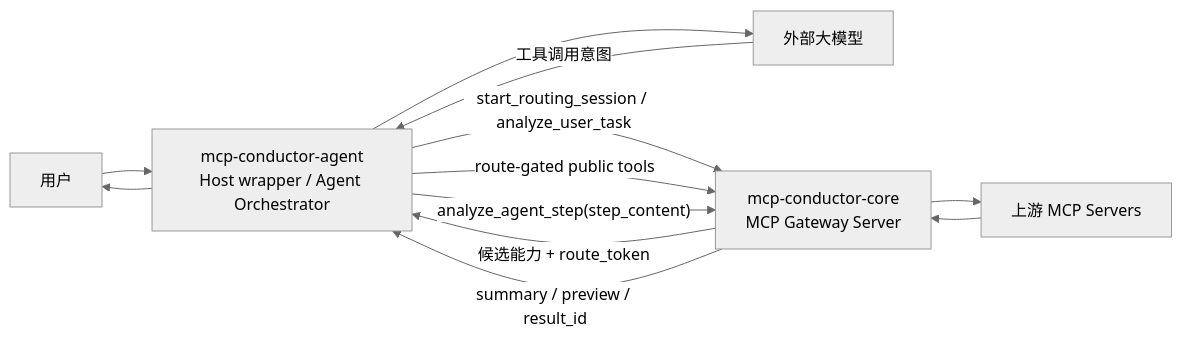
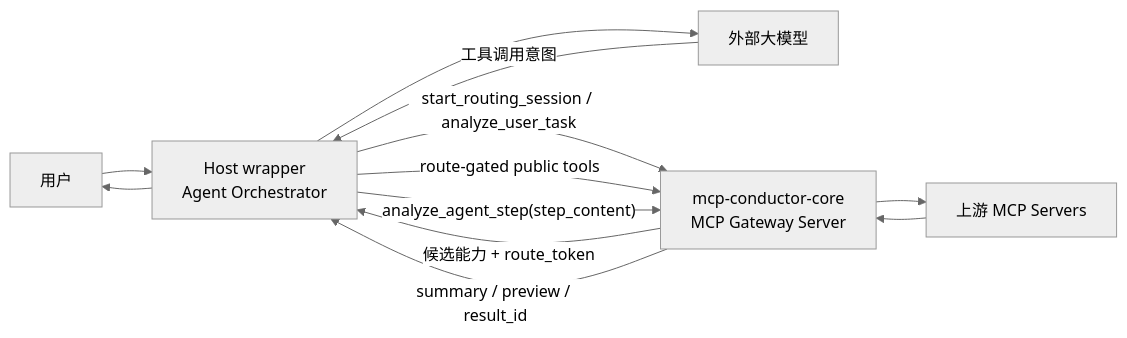
One commit to TangRj-Git/mcp-conductor changed the eighth of 8 diagrams in docs/project-structure/02-final-architecture-diagram.md. Above: the diagram before and after it, drawn with Mermaid (neutral theme). The commit also changed other lines of this file and 31 other files, not shown here.

````diff
--- a/docs/project-structure/02-final-architecture-diagram.md
+++ b/docs/project-structure/02-final-architecture-diagram.md
@@ -312,20 +326,20 @@
 ```mermaid
 flowchart LR
     User["用户"]
-    Agent["mcp-conductor-agent<br/>Host wrapper / Agent Orchestrator"]
+    Agent["Host wrapper<br/>Agent Orchestrator"]
     Model["外部大模型"]
     Core["mcp-conductor-core<br/>MCP Gateway Server"]
     Upstream["上游 MCP Servers"]
 
     User --> Agent
     Agent -->|"start_routing_session / analyze_user_task"| Core
     Core -->|"候选能力 + route_token"| Agent
     Agent --> Model
     Model -->|"工具调用意图"| Agent
     Agent -->|"route-gated public tools"| Core
     Core --> Upstream
     Upstream --> Core
     Core -->|"summary / preview / result_id"| Agent
     Agent -->|"analyze_agent_step(step_content)"| Core
     Agent --> User
 ```
````
